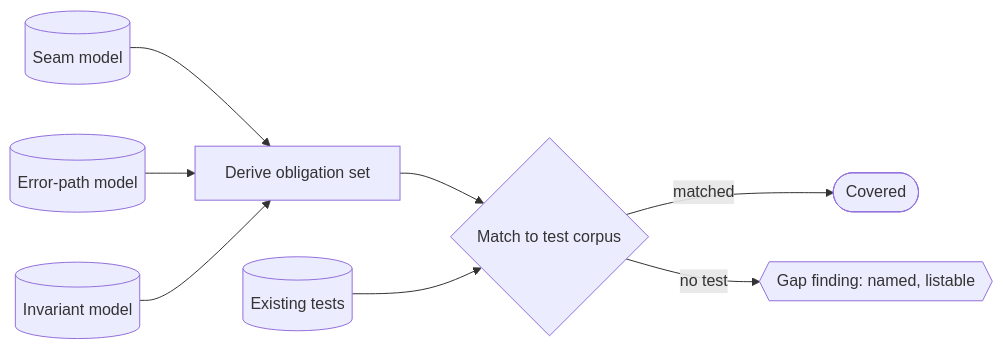
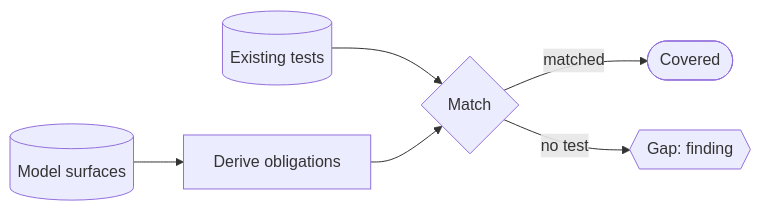
One commit to davisjam/agent-governance-mechanisms changed the diagram in book/appendix-fills/models-bridge/model-derived-test-obligation-census.md. Above: the diagram before and after it, drawn with Mermaid. The commit also changed other lines of this file and 25 other files, not shown here.

Commit message:
feat(appxC): bespoke diagrams replacing shared glyphs (batches F+G)

````diff
--- a/book/appendix-fills/models-bridge/model-derived-test-obligation-census.md
+++ b/book/appendix-fills/models-bridge/model-derived-test-obligation-census.md
@@ -38,10 +38,8 @@
 ```mermaid
 flowchart LR
-  Seam[(Seam model)] --> Derive[Derive obligation set]
-  Err[(Error-path model)] --> Derive
-  Inv[(Invariant model)] --> Derive
-  Derive --> Join{Match to test corpus}
-  Tests[(Existing tests)] --> Join
+  Models[(Model surfaces)] --> Derive[Derive obligations]
+  Tests[(Existing tests)] --> Join{Match}
+  Derive --> Join
   Join -->|matched| Covered([Covered])
-  Join -->|no test| Gap{{Gap finding: named, listable}}
+  Join -->|no test| Gap{{Gap: finding}}
 ```
````
